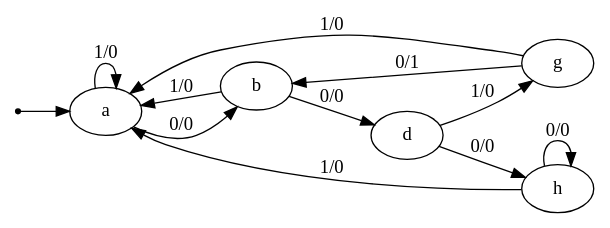
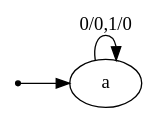
The diagram in Projects/Project03/output.dot (ChengHung-Wang/NTUST-1111-Digital-System-Design), drawn with Graphviz before and after one commit. The commit also changed 49 other files, not shown here.

```diff
--- a/Projects/Project03/output.dot
+++ b/Projects/Project03/output.dot
@@ -1,22 +1,9 @@
 digraph STG {
     rankdir=LR;
 
     INIT [shape=point];
     a [label="a"];
-    b [label="b"];
-    d [label="d"];
-    g [label="g"];
-    h [label="h"];
 
     INIT -> a
-    a -> b [label="0/0"];
-    a -> a [label="1/0"];
-    b -> d [label="0/0"];
-    b -> a [label="1/0"];
-    d -> h [label="0/0"];
-    d -> g [label="1/0"];
-    g -> b [label="0/1"];
-    g -> a [label="1/0"];
-    h -> h [label="0/0"];
-    h -> a [label="1/0"];
+    a -> a [label="0/0,1/0"];
 }
```
